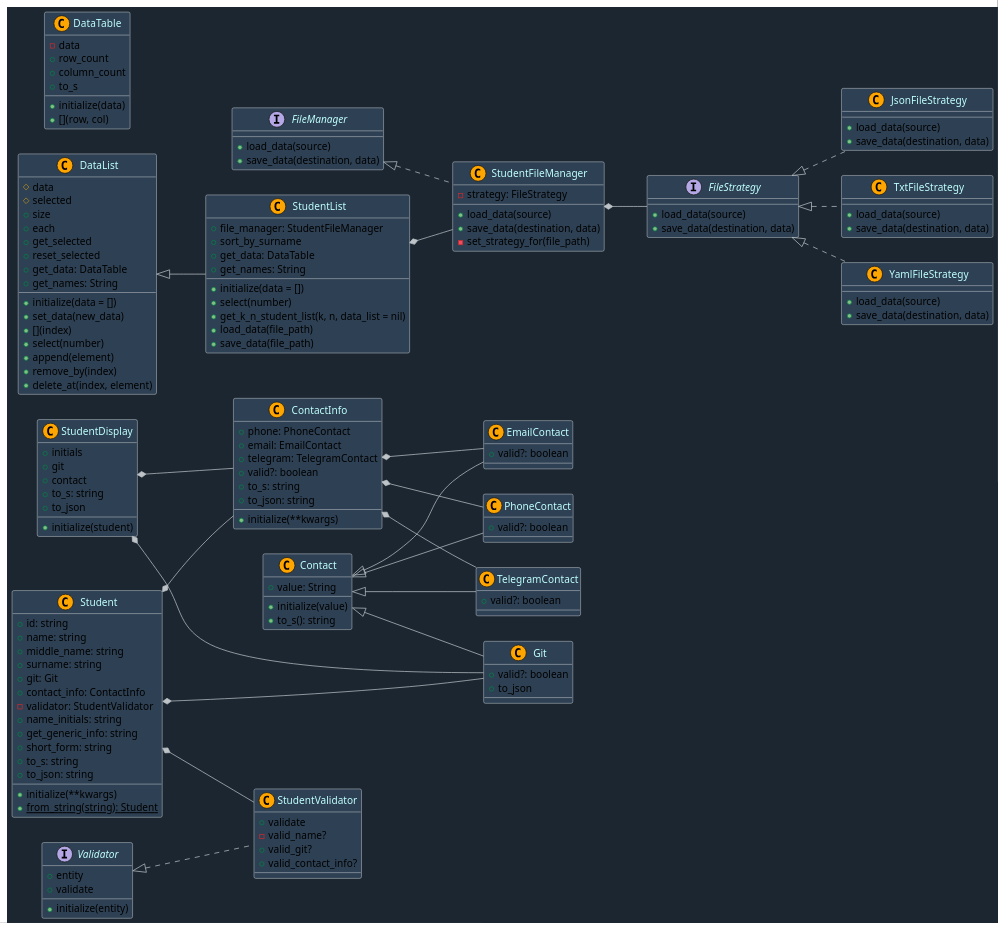
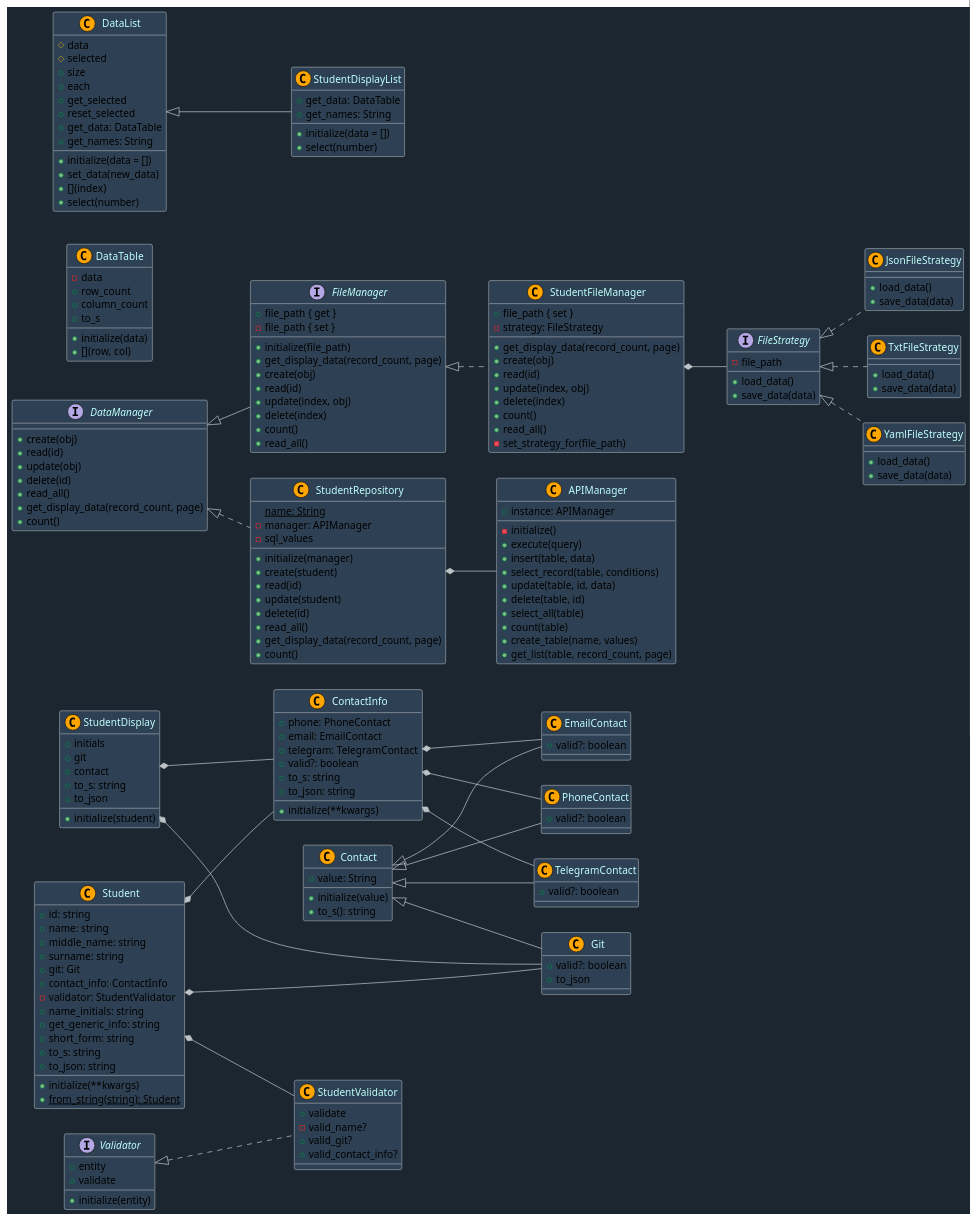
One commit to SnowLukin/Pattern_Class changed the diagram in Labs/diagram_builder.puml. Above: the diagram before and after it, drawn with PlantUML. The commit also changed 12 other files, not shown here.

Commit message:
Refactored code. Fixed bugs. Updated UML.

```diff
--- a/Labs/diagram_builder.puml
+++ b/Labs/diagram_builder.puml
@@ -81,36 +81,51 @@
     + valid_contact_info?
 }
 
-interface FileManager {
-    + load_data(source)
-    + save_data(destination, data)
+interface FileManager implements DataManager {
+    + file_path { get }
+    - file_path { set }
+    + initialize(file_path)
+    + get_display_data(record_count, page)
+    + create(obj)
+    + read(id)
+    + update(index, obj)
+    + delete(index)
+    + count()
+    + read_all()
 }
 
 class StudentFileManager << (C, #FFA500) >>  implements FileManager {
+    + file_path { set }
     - strategy: FileStrategy
-    + load_data(source)
-    + save_data(destination, data)
+    + get_display_data(record_count, page)
+    + create(obj)
+    + read(id)
+    + update(index, obj)
+    + delete(index)
+    + count()
+    + read_all()
     - set_strategy_for(file_path)
 }
 
 interface FileStrategy {
-    + load_data(source)
-    + save_data(destination, data)
+    - file_path
+    + load_data()
+    + save_data(data)
 }
 
 class JsonFileStrategy << (C, #FFA500) >>  implements FileStrategy {
-    + load_data(source)
-    + save_data(destination, data)
+    + load_data()
+    + save_data(data)
 }
 
 class TxtFileStrategy << (C, #FFA500) >>  implements FileStrategy {
-    + load_data(source)
-    + save_data(destination, data)
+    + load_data()
+    + save_data(data)
 }
 
 class YamlFileStrategy << (C, #FFA500) >>  implements FileStrategy {
-    + load_data(source)
-    + save_data(destination, data)
+    + load_data()
+    + save_data(data)
 }
 
 class DataTable << (C, #FFA500) >>  {
@@ -133,23 +148,53 @@
     + select(number)
     + get_selected
     + reset_selected
-    + append(element)
-    + remove_by(index)
-    + delete_at(index, element)
     + get_data: DataTable
     + get_names: String
 }
 
-class StudentList << (C, #FFA500) >>  extends DataList {
-    + file_manager: StudentFileManager
+class StudentDisplayList << (C, #FFA500) >>  extends DataList {
     + initialize(data = [])
     + select(number)
-    + sort_by_surname
-    + get_k_n_student_list(k, n, data_list = nil)
-    + load_data(file_path)
-    + save_data(file_path)
     + get_data: DataTable
     + get_names: String
+}
+
+class APIManager << (C, #FFA500) >> {
+    + instance: APIManager
+    - initialize()
+    + execute(query)
+    + insert(table, data)
+    + select_record(table, conditions)
+    + update(table, id, data)
+    + delete(table, id)
+    + select_all(table)
+    + count(table)
+    + create_table(name, values)
+    + get_list(table, record_count, page)
+}
+
+class StudentRepository << (C, #FFA500) >> implements DataManager {
+    {static} name: String
+    - manager: APIManager
+    + initialize(manager)
+    + create(student)
+    + read(id)
+    + update(student)
+    + delete(id)
+    + read_all()
+    + get_display_data(record_count, page)
+    + count()
+    - sql_values
+}
+
+interface DataManager {
+    + create(obj)
+    + read(id)
+    + update(obj)
+    + delete(id)
+    + read_all()
+    + get_display_data(record_count, page)
+    + count()
 }
 
 ContactInfo *-- PhoneContact
@@ -158,8 +203,8 @@
 Student *-- ContactInfo
 Student *-- Git
 Student *-- StudentValidator
-StudentList *-- StudentFileManager
 StudentFileManager *-- FileStrategy
 StudentDisplay *-- Git
 StudentDisplay *-- ContactInfo
+StudentRepository *-- APIManager
 @enduml
```
